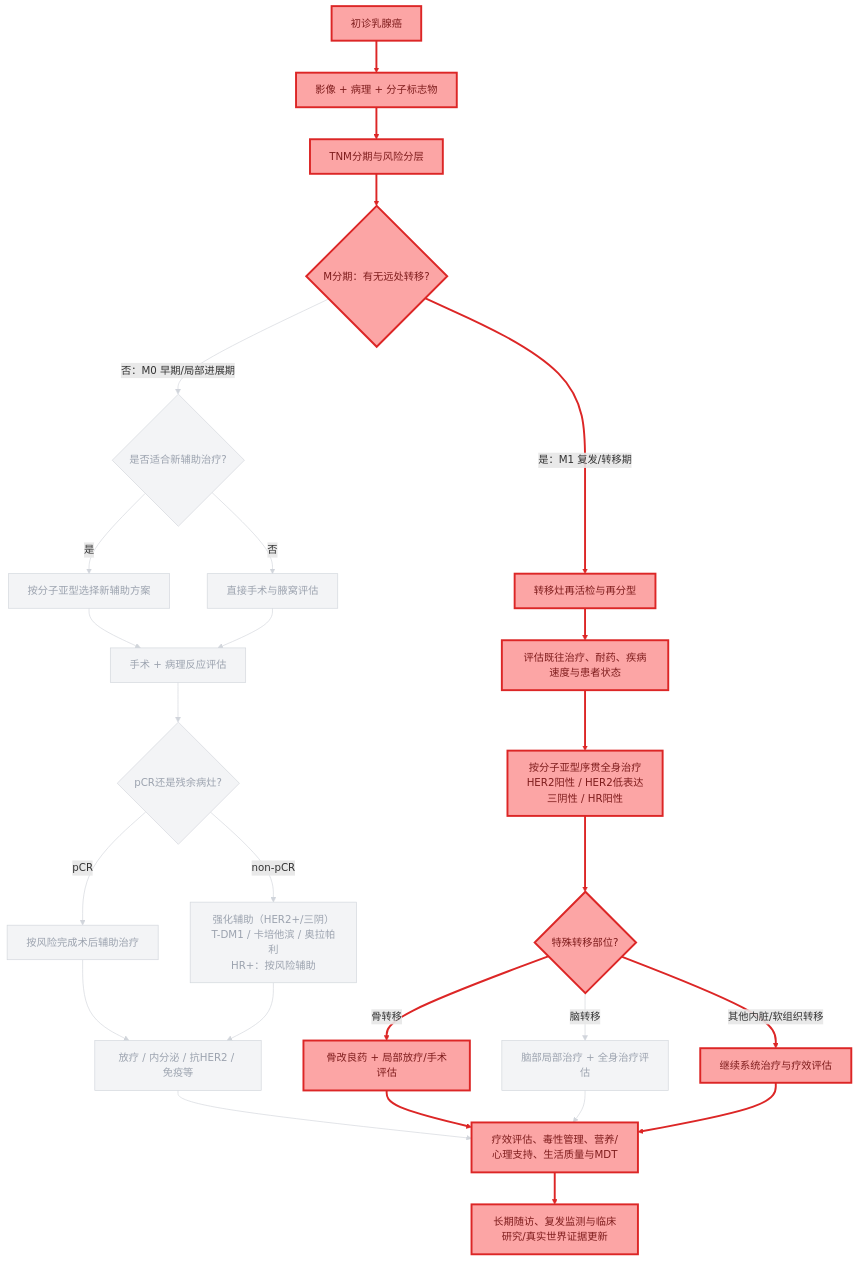
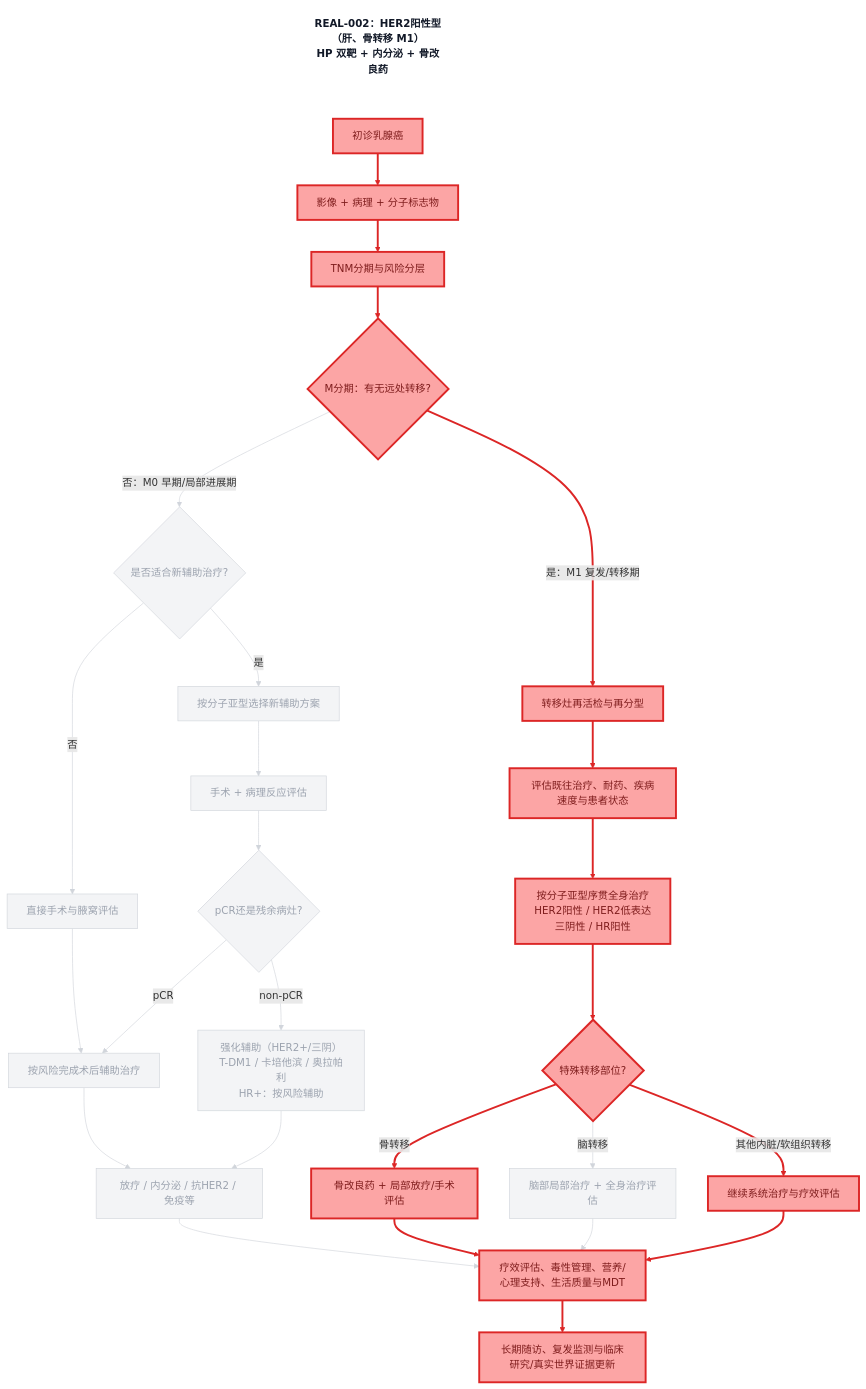
The diagram in diagrams/decision-chain-REAL-002.mmd (dongjb741280/breast-cancer), drawn with Mermaid before and after one commit. The commit also changed 21 other files, not shown here.

First line of the commit message:
Add decision-chain skill and regenerate annotated REAL diagrams

```diff
--- a/diagrams/decision-chain-REAL-002.mmd
+++ b/diagrams/decision-chain-REAL-002.mmd
@@ -1,96 +1,99 @@
-%% 乳腺癌诊疗决策链（高亮病例实际路径）
 graph TD
+    TITLE["REAL-002：HER2阳性型（肝、骨转移 M1）<br/>HP 双靶 + 内分泌 + 骨改良药"]
     A[初诊乳腺癌]
     B[影像 + 病理 + 分子标志物]
     C[TNM分期与风险分层]
     D{M分期：有无远处转移?}
     E{是否适合新辅助治疗?}
     F[按分子亚型选择新辅助方案]
     G[直接手术与腋窝评估]
     H[手术 + 病理反应评估]
     I{pCR还是残余病灶?}
     J[按风险完成术后辅助治疗]
     K[强化辅助（HER2+/三阴）<br/>T-DM1 / 卡培他滨 / 奥拉帕利<br/>HR+：按风险辅助]
     L[放疗 / 内分泌 / 抗HER2 / 免疫等]
     M[转移灶再活检与再分型]
     N[评估既往治疗、耐药、疾病速度与患者状态]
     O[按分子亚型序贯全身治疗<br/>HER2阳性 / HER2低表达<br/>三阴性 / HR阳性]
     P{特殊转移部位?}
     Q[骨改良药 + 局部放疗/手术评估]
     R[脑部局部治疗 + 全身治疗评估]
     S[继续系统治疗与疗效评估]
     T[疗效评估、毒性管理、营养/心理支持、生活质量与MDT]
     U[长期随访、复发监测与临床研究/真实世界证据更新]
     A --> B
     B --> C
     C --> D
     D -->|否：M0 早期/局部进展期| E
     E -->|是| F
     E -->|否| G
     F --> H
-    G --> H
+    G --> J
     H --> I
     I -->|pCR| J
     I -->|non-pCR| K
     J --> L
     K --> L
     D -->|是：M1 复发/转移期| M
     M --> N
     N --> O
     O --> P
     P -->|骨转移| Q
     P -->|脑转移| R
     P -->|其他内脏/软组织转移| S
     L --> T
     Q --> T
     R --> T
     S --> T
     T --> U
+    TITLE ~~~ A
     classDef path fill:#fca5a5,stroke:#dc2626,color:#7f1d1d,stroke-width:3px;
     classDef dim fill:#f3f4f6,stroke:#d1d5db,color:#9ca3af,stroke-width:1px;
+    classDef caption fill:#fff,stroke:none,color:#111827,font-weight:bold;
+    class TITLE caption;
     class A path;
     class B path;
     class C path;
     class D path;
     class E dim;
     class F dim;
     class G dim;
     class H dim;
     class I dim;
     class J dim;
     class K dim;
     class L dim;
     class M path;
     class N path;
     class O path;
     class P path;
     class Q path;
     class R dim;
     class S path;
     class T path;
     class U path;
     linkStyle 0 stroke:#dc2626,stroke-width:3px;
     linkStyle 1 stroke:#dc2626,stroke-width:3px;
     linkStyle 2 stroke:#dc2626,stroke-width:3px;
     linkStyle 3 stroke:#d1d5db,stroke-width:1px;
     linkStyle 4 stroke:#d1d5db,stroke-width:1px;
     linkStyle 5 stroke:#d1d5db,stroke-width:1px;
     linkStyle 6 stroke:#d1d5db,stroke-width:1px;
     linkStyle 7 stroke:#d1d5db,stroke-width:1px;
     linkStyle 8 stroke:#d1d5db,stroke-width:1px;
     linkStyle 9 stroke:#d1d5db,stroke-width:1px;
     linkStyle 10 stroke:#d1d5db,stroke-width:1px;
     linkStyle 11 stroke:#d1d5db,stroke-width:1px;
     linkStyle 12 stroke:#d1d5db,stroke-width:1px;
     linkStyle 13 stroke:#dc2626,stroke-width:3px;
     linkStyle 14 stroke:#dc2626,stroke-width:3px;
     linkStyle 15 stroke:#dc2626,stroke-width:3px;
     linkStyle 16 stroke:#dc2626,stroke-width:3px;
     linkStyle 17 stroke:#dc2626,stroke-width:3px;
     linkStyle 18 stroke:#d1d5db,stroke-width:1px;
     linkStyle 19 stroke:#dc2626,stroke-width:3px;
     linkStyle 20 stroke:#d1d5db,stroke-width:1px;
     linkStyle 21 stroke:#dc2626,stroke-width:3px;
     linkStyle 22 stroke:#d1d5db,stroke-width:1px;
     linkStyle 23 stroke:#dc2626,stroke-width:3px;
     linkStyle 24 stroke:#dc2626,stroke-width:3px;
```
